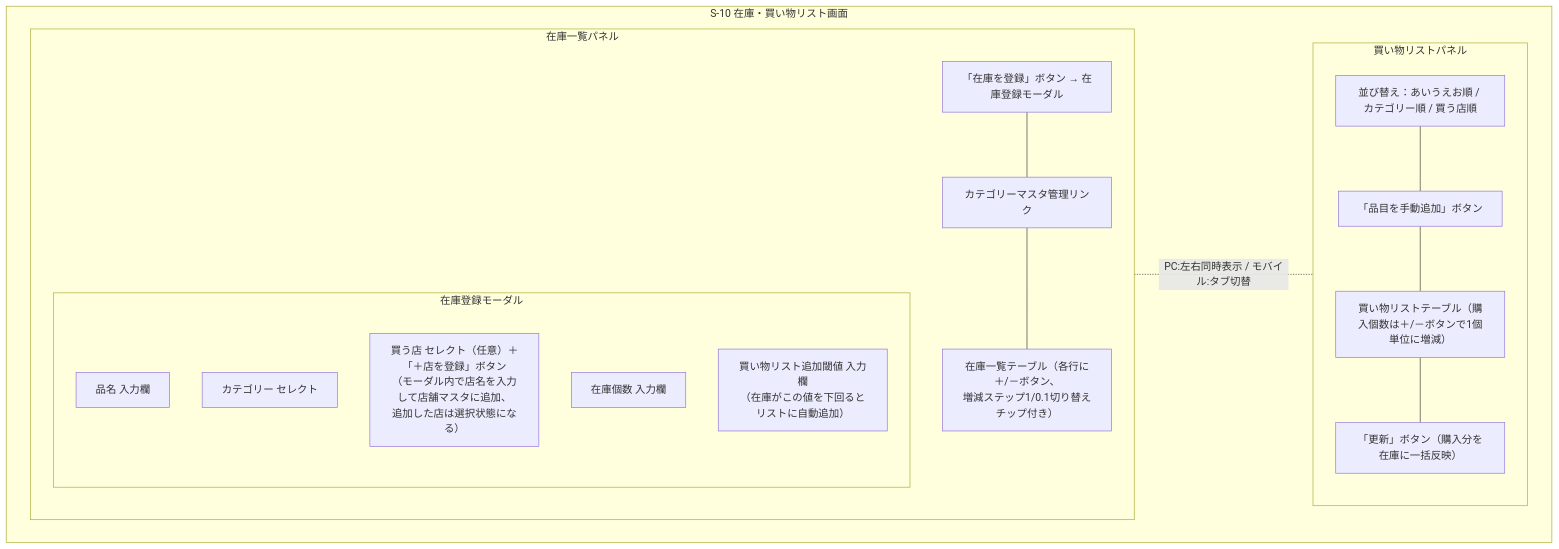
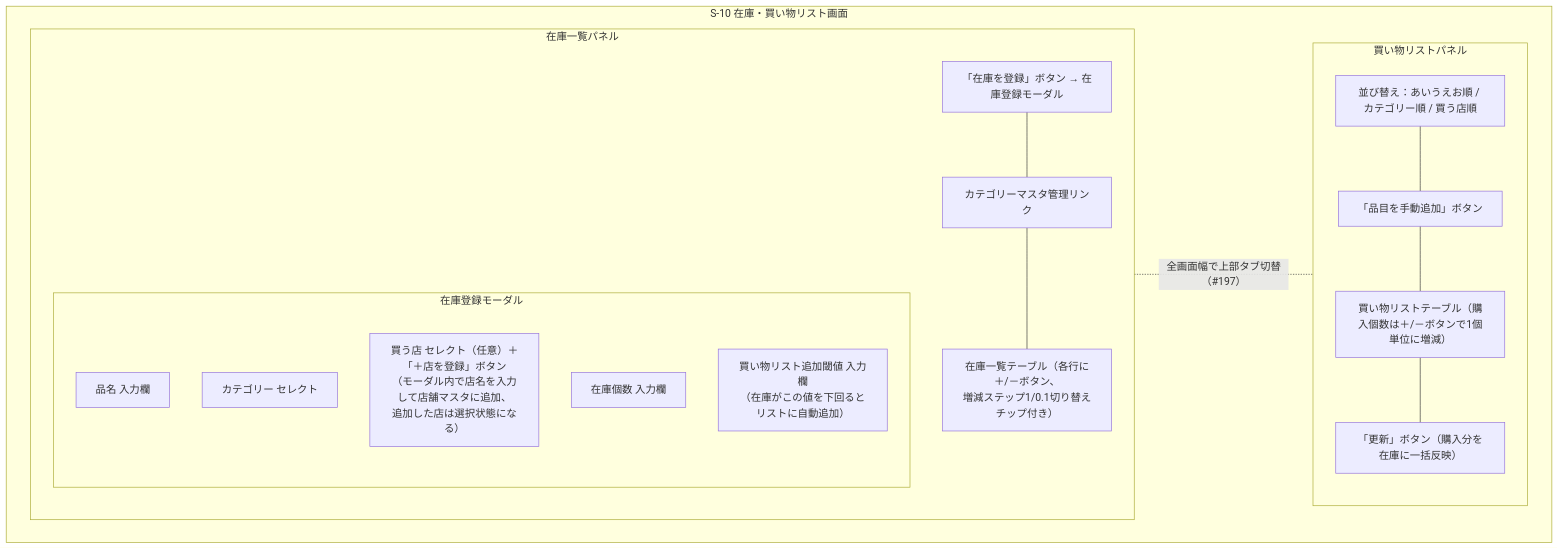
One commit to yamamotonaoki3/HomeLog changed diagram 11 of 20 in docs/details/wireframes.md. Above: the diagram before and after it, drawn with Mermaid. The commit also changed other lines of this file and 6 other files, not shown here.

````diff
--- a/docs/details/wireframes.md
+++ b/docs/details/wireframes.md
@@ -513,30 +518,30 @@
 ```mermaid
 flowchart TD
     subgraph Screen["S-10 在庫・買い物リスト画面"]
         direction LR
         subgraph InventoryPanel["在庫一覧パネル"]
             direction TB
             AddBtn["「在庫を登録」ボタン → 在庫登録モーダル"]
             subgraph InvModal["在庫登録モーダル"]
                 direction TB
                 InvName["品名 入力欄"]
                 InvCategory["カテゴリー セレクト"]
                 InvStore["買う店 セレクト（任意）＋「＋店を登録」ボタン\n（モーダル内で店名を入力して店舗マスタに追加、\n追加した店は選択状態になる）"]
                 InvQty["在庫個数 入力欄"]
                 InvThreshold["買い物リスト追加閾値 入力欄\n（在庫がこの値を下回るとリストに自動追加）"]
             end
             MasterLink["カテゴリーマスタ管理リンク"]
             InvList["在庫一覧テーブル（各行に＋/－ボタン、\n増減ステップ1/0.1切り替えチップ付き）"]
         end
         subgraph ShoppingPanel["買い物リストパネル"]
             direction TB
             Sort["並び替え：あいうえお順 / カテゴリー順 / 買う店順"]
             ShopAddBtn["「品目を手動追加」ボタン"]
             ShopList["買い物リストテーブル（購入個数は＋/－ボタンで1個単位に増減）"]
             UpdateBtn["「更新」ボタン（購入分を在庫に一括反映）"]
         end
     end
     AddBtn --- MasterLink --- InvList
     Sort --- ShopAddBtn --- ShopList --- UpdateBtn
-    InvList -. "PC:左右同時表示 / モバイル:タブ切替" .- ShopList
+    InvList -. "全画面幅で上部タブ切替（#197）" .- ShopList
 ```
````
